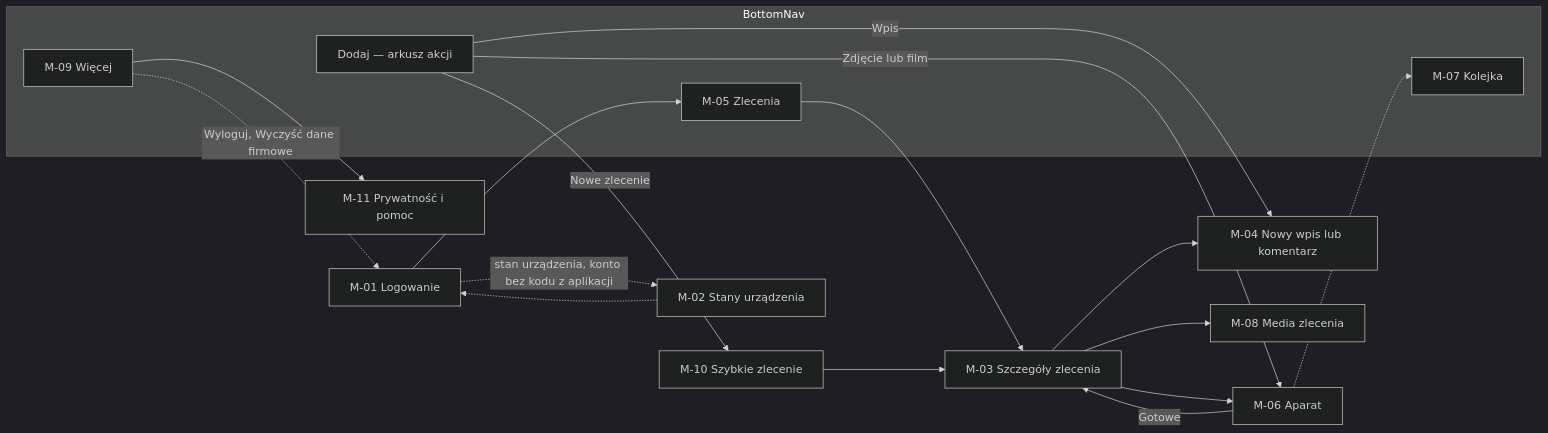
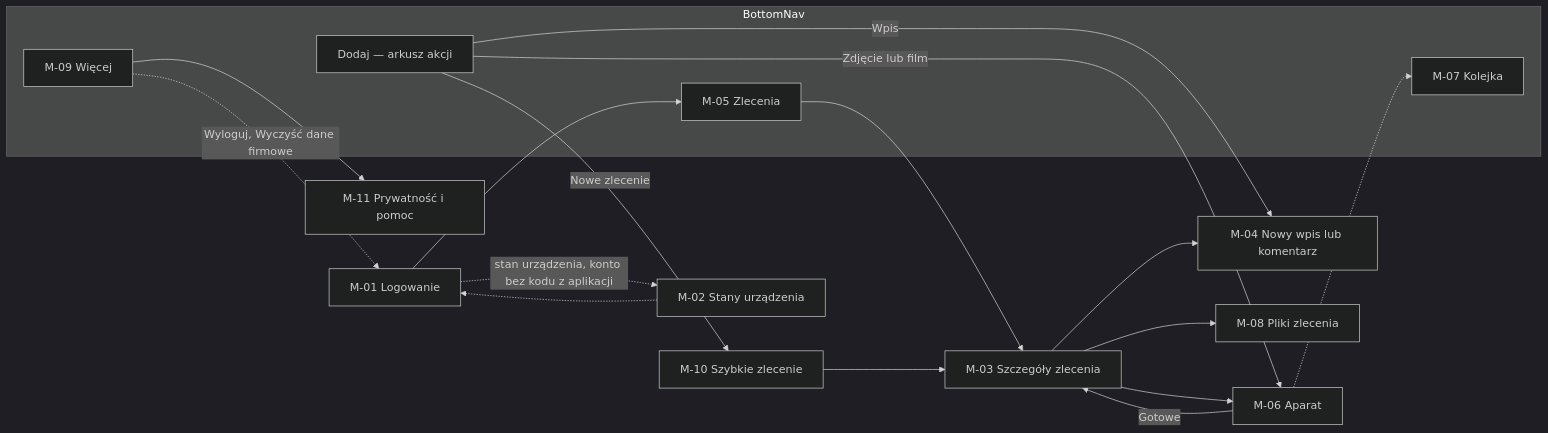
The second of 2 diagrams in docs/ux/flows/README.md (konradkluz/evia-manager), drawn with Mermaid (dark theme) before and after one commit. The commit also changed other lines of this file and 78 other files, not shown here.

````diff
--- a/docs/ux/flows/README.md
+++ b/docs/ux/flows/README.md
@@ -149,26 +149,26 @@
 ```mermaid
 flowchart LR
   M01["M-01 Logowanie"]
   M02["M-02 Stany urządzenia"]
   subgraph dolna["BottomNav"]
     M05["M-05 Zlecenia"]
     DODAJ["Dodaj — arkusz akcji"]
     M07["M-07 Kolejka"]
     M09["M-09 Więcej"]
   end
   M01 --> M05
   M01 -.->|"stan urządzenia, konto bez kodu z aplikacji"| M02
   M02 -.-> M01
   M05 --> M03["M-03 Szczegóły zlecenia"]
   M03 --> M06["M-06 Aparat"]
   M03 --> M04["M-04 Nowy wpis lub komentarz"]
-  M03 --> M08["M-08 Media zlecenia"]
+  M03 --> M08["M-08 Pliki zlecenia"]
   DODAJ -->|"Zdjęcie lub film"| M06
   DODAJ -->|"Wpis"| M04
   DODAJ -->|"Nowe zlecenie"| M10["M-10 Szybkie zlecenie"]
   M10 --> M03
   M06 -->|"Gotowe"| M03
   M06 -.-> M07
   M09 --> M11["M-11 Prywatność i pomoc"]
   M09 -.->|"Wyloguj, Wyczyść dane firmowe"| M01
 ```
````
